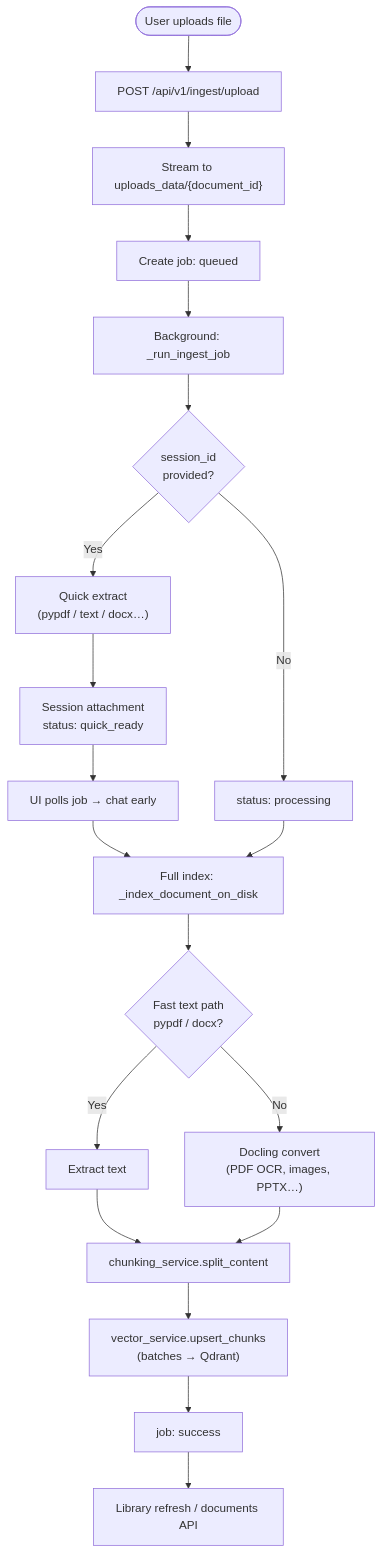
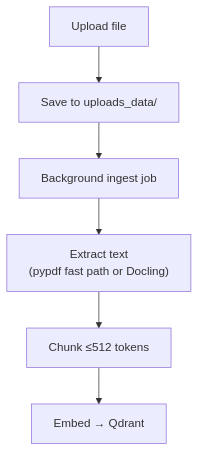
Before and after one commit to rajbhupendra588/BuildLens: the third of 3 diagrams in README.md, drawn with Mermaid. The commit also changed other lines of this file and 2 other files, not shown here.

First line of the commit message:
docs: rewrite README as step-by-step user tutorial

````diff
--- a/README.md
+++ b/README.md
@@ -104,26 +256,8 @@
 ```mermaid
 flowchart TD
-  Start([User uploads file]) --> Upload["POST /api/v1/ingest/upload"]
-  Upload --> Save["Stream to uploads_data/{document_id}"]
-  Save --> Job["Create job: queued"]
-  Job --> BG["Background: _run_ingest_job"]
-
-  BG --> Session{session_id<br/>provided?}
-  Session -->|Yes| Quick["Quick extract<br/>(pypdf / text / docx…)"]
-  Quick --> Attach["Session attachment<br/>status: quick_ready"]
-  Attach --> PollChat["UI polls job → chat early"]
-
-  Session -->|No| ProcLib["status: processing"]
-  PollChat --> Index
-  ProcLib --> Index
-
-  Index["Full index: _index_document_on_disk"]
-  Index --> Fast{Fast text path<br/>pypdf / docx?}
-  Fast -->|Yes| Text["Extract text"]
-  Fast -->|No| Docling["Docling convert<br/>(PDF OCR, images, PPTX…)"]
-  Text --> Chunk["chunking_service.split_content"]
-  Docling --> Chunk
-  Chunk --> Embed["vector_service.upsert_chunks<br/>(batches → Qdrant)"]
-  Embed --> Done["job: success"]
-  Done --> Library["Library refresh / documents API"]
+  Upload["Upload file"] --> Save["Save to uploads_data/"]
+  Save --> Job["Background ingest job"]
+  Job --> Extract["Extract text<br/>(pypdf fast path or Docling)"]
+  Extract --> Chunk["Chunk ≤512 tokens"]
+  Chunk --> Embed["Embed → Qdrant"]
 ```
````
